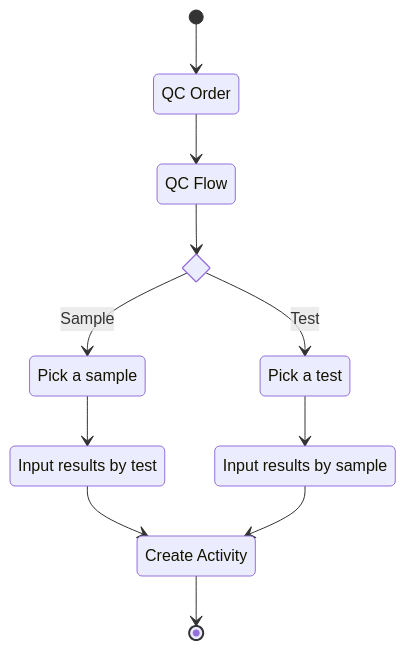
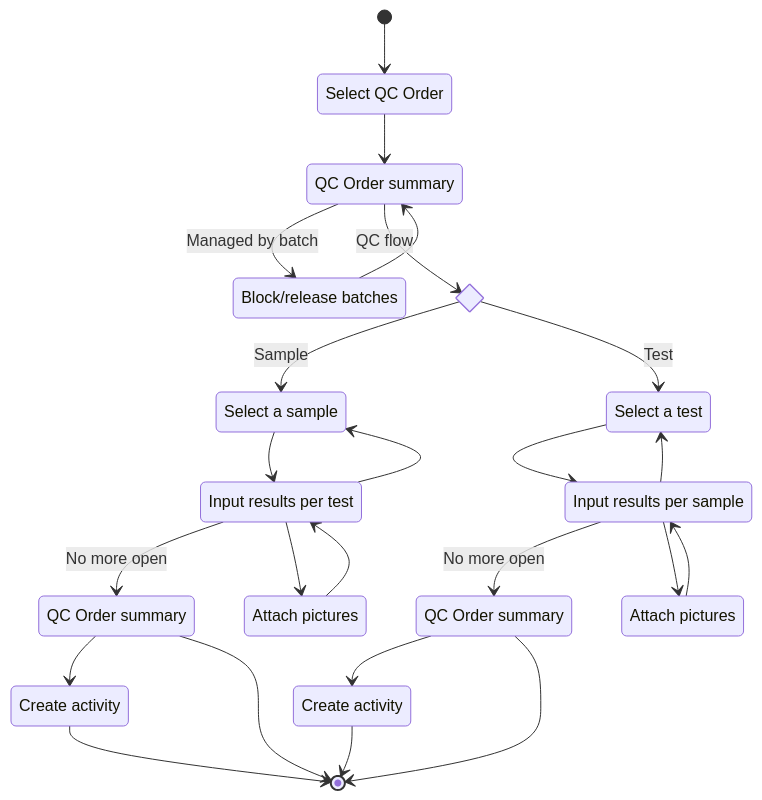
Before and after one commit to theonewhowritesthedocs/lwms-docs: the diagram in docs/core_functions/inspection.md, drawn with Mermaid. The commit also changed other lines of this file and 4 other files, not shown here.

````diff
--- a/docs/core_functions/inspection.md
+++ b/docs/core_functions/inspection.md
@@ -15,23 +15,42 @@
 ```mermaid
 stateDiagram-v2
-    state "QC Order" as qc_order
-    state "QC Flow" as qc_flow
-    state "Pick a sample" as sample
-    state "Pick a test" as test
-    state "Input results by test" as test_results
-    state "Input results by sample" as sample_results
-    state "Create Activity" as create_activity
+    state "Select QC Order" as qc_order
+    state "QC Order summary" as qcsummary1
+    state "QC Order summary" as qcsummary2
+    state "QC Order summary" as qcsummary3
+    state "Block/release batches" as brbatches
+    state "Select a sample" as sample
+    state "Select a test" as test
+    state "Input results per test" as test_results
+    state "Input results per sample" as sample_results
+    state "Create activity" as create_activity1
+    state "Create activity" as create_activity2
+    state "Attach pictures" as pics1
+    state "Attach pictures" as pics2
 
-    state select_qc_flow <<choice>>
+    state select_qcsummary <<choice>>
 
     [*] --> qc_order
-    qc_order --> qc_flow
-    qc_flow --> select_qc_flow
-    select_qc_flow --> sample: Sample
-    select_qc_flow --> test: Test
+    qc_order --> qcsummary1
+    qcsummary1 --> brbatches: Managed by batch
+    brbatches --> qcsummary1
+    qcsummary1 --> select_qcsummary: QC flow
+    select_qcsummary --> sample: Sample
+    select_qcsummary --> test: Test
     sample --> test_results
+    test_results --> sample
+    test_results --> qcsummary2: No more open
     test --> sample_results
-    test_results --> create_activity
-    sample_results --> create_activity
-    create_activity --> [*]
+    sample_results --> test
+    sample_results --> qcsummary3: No more open
+    test_results --> pics1
+    pics1 --> test_results
+    sample_results --> pics2
+    pics2 --> sample_results
+    qcsummary2 --> create_activity1
+    qcsummary3 --> create_activity2
+    create_activity1 --> [*]
+    create_activity2 --> [*]
+    qcsummary2 --> [*]
+    qcsummary3 --> [*]
 ```
````
